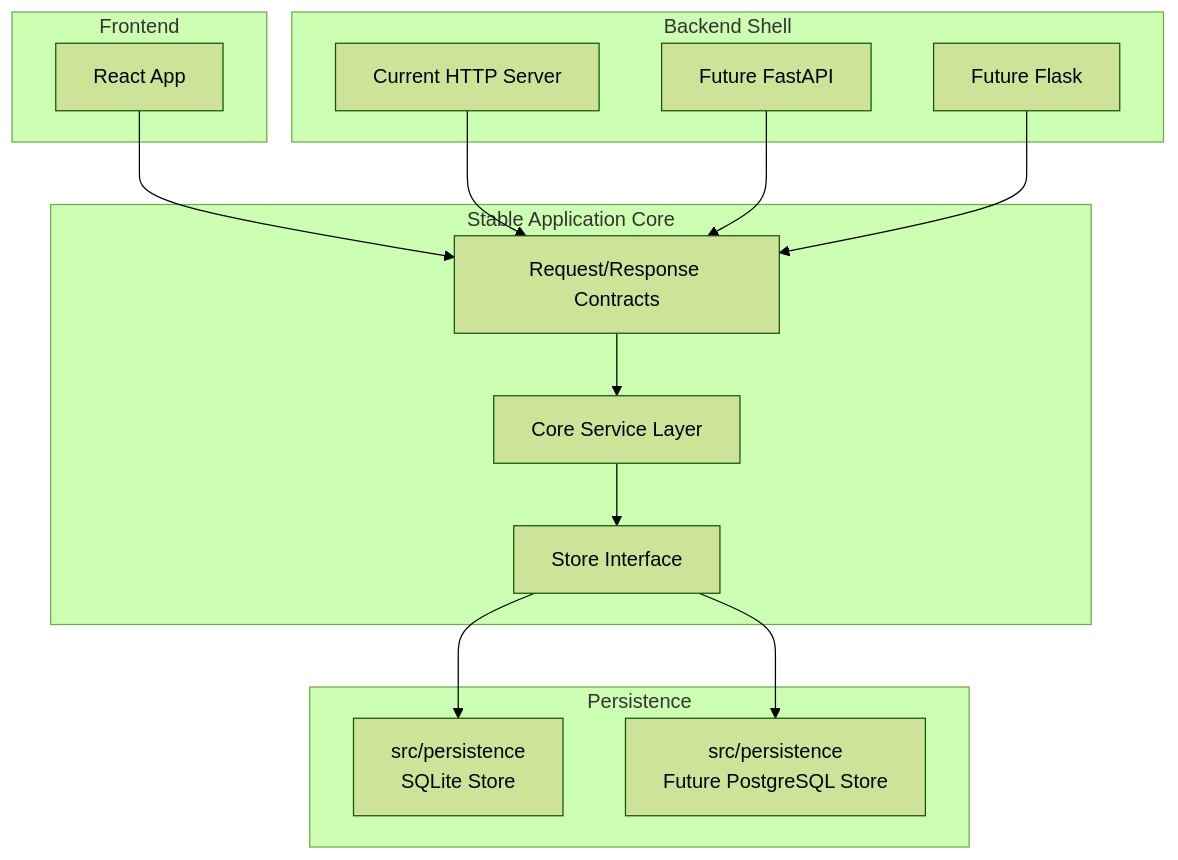
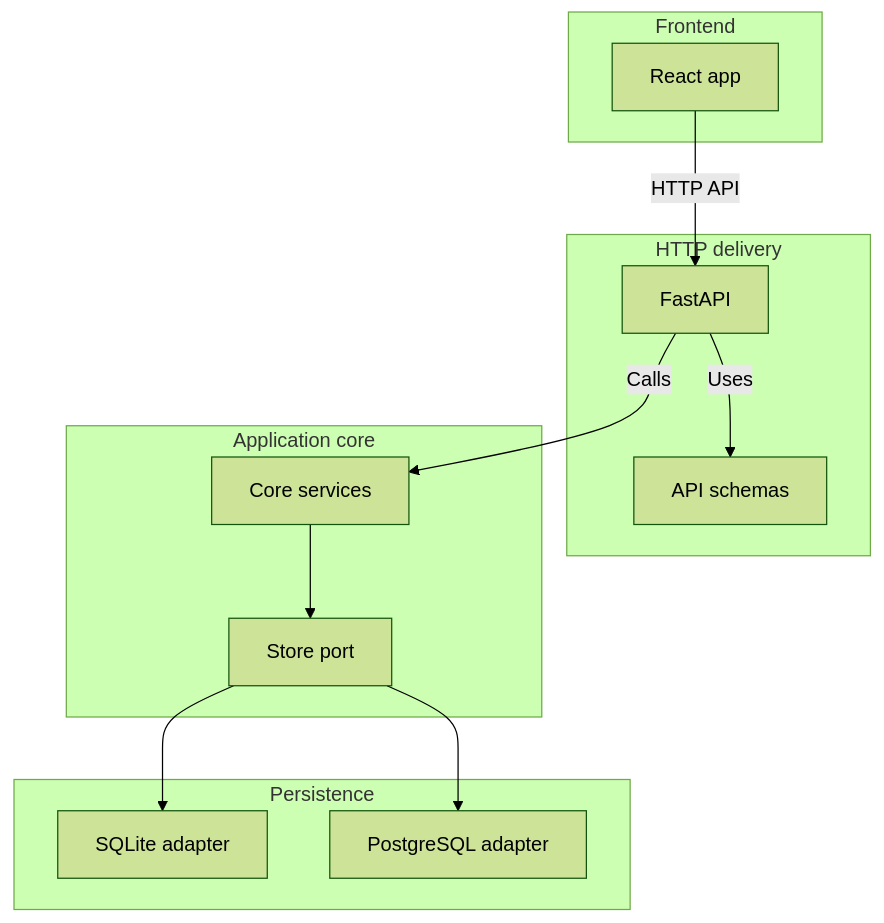
The second of 5 diagrams in sdlc_docs/b_design/frontend/frontend_architecture.md (ssciwr/biocypher-components-registry), drawn with Mermaid (forest theme) before and after one commit. The commit also changed other lines of this file and 19 other files, not shown here.

````diff
--- a/sdlc_docs/b_design/frontend/frontend_architecture.md
+++ b/sdlc_docs/b_design/frontend/frontend_architecture.md
@@ -62,33 +79,28 @@
 ```mermaid
 flowchart TB
-    subgraph Frontend
-        R[React App]
+    subgraph Frontend["Frontend"]
+        R["React app"]
     end
 
-    subgraph Backend Shell
-        H1[Current HTTP Server]
-        H2[Future FastAPI]
-        H3[Future Flask]
+    subgraph Delivery["HTTP delivery"]
+        API["FastAPI"]
+        Schema["API schemas"]
     end
 
-    subgraph Stable Application Core
-        API[Request/Response Contracts]
-        SRV[Core Service Layer]
-        STORE[Store Interface]
+    subgraph Core["Application core"]
+        Service["Core services"]
+        Port["Store port"]
+        Service --> Port
     end
 
-    subgraph Persistence
-        SQLITE[src/persistence<br/>SQLite Store]
-        FUTUREDB[src/persistence<br/>Future PostgreSQL Store]
+    subgraph Persistence["Persistence"]
+        SQLite["SQLite adapter"]
+        Postgres["PostgreSQL adapter"]
     end
 
-    R --> API
-    H1 --> API
-    H2 --> API
-    H3 --> API
-
-    API --> SRV
-    SRV --> STORE
-    STORE --> SQLITE
-    STORE --> FUTUREDB
+    R -->|"HTTP API"| API
+    API -->|"Uses"| Schema
+    API -->|"Calls"| Service
+    Port --> SQLite
+    Port --> Postgres
 ```
````
